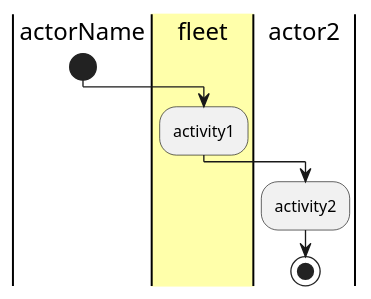
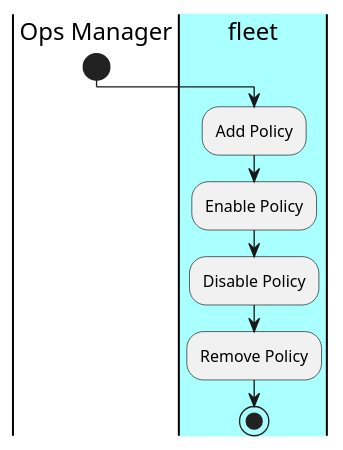
The diagram in docs/UseCases/Manage-Policies/Activities.puml (CAADE/fleet), drawn with PlantUML before and after one commit. The commit also changed 31 other files, not shown here.

```diff
--- a/docs/UseCases/Manage-Policies/Activities.puml
+++ b/docs/UseCases/Manage-Policies/Activities.puml
@@ -1,9 +1,10 @@
 @startuml
-|actorName|
+|Ops Manager|
 start
-|#ffffaa|fleet|
-:activity1;
-|actor2|
-:activity2;
+|#aaffff|fleet|
+:Add Policy;
+:Enable Policy;
+:Disable Policy;
+:Remove Policy;
 stop
 @enduml
```
